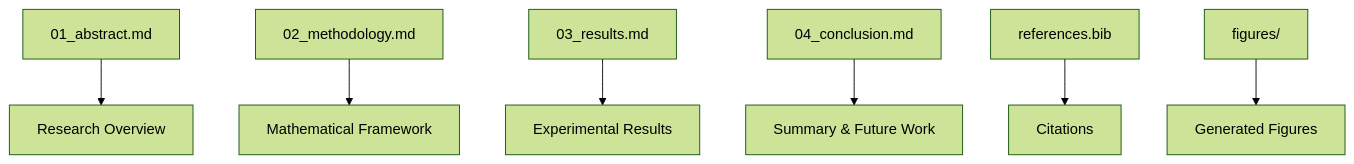
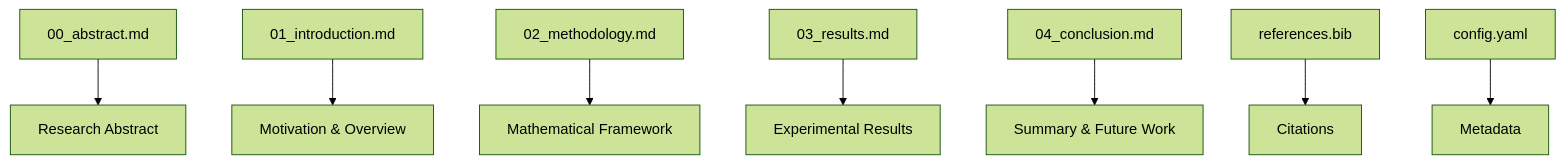
The diagram in projects/code_project/manuscript/README.md (docxology/template), drawn with Mermaid (forest theme) before and after one commit. The commit also changed other lines of this file and 1217 other files, not shown here.

````diff
--- a/projects/code_project/manuscript/README.md
+++ b/projects/code_project/manuscript/README.md
@@ -71,10 +77,11 @@
 ```mermaid
 graph TD
-    A[01_abstract.md] --> B[Research Overview]
-    C[02_methodology.md] --> D[Mathematical Framework]
-    E[03_results.md] --> F[Experimental Results]
-    G[04_conclusion.md] --> H[Summary & Future Work]
+    A[00_abstract.md] --> B[Research Abstract]
+    C[01_introduction.md] --> D[Motivation & Overview]
+    E[02_methodology.md] --> F[Mathematical Framework]
+    G[03_results.md] --> H[Experimental Results]
+    I[04_conclusion.md] --> J[Summary & Future Work]
 
-    I[references.bib] --> J[Citations]
-    K[figures/] --> L[Generated Figures]
+    K[references.bib] --> L[Citations]
+    M[config.yaml] --> N[Metadata]
 ```
````
